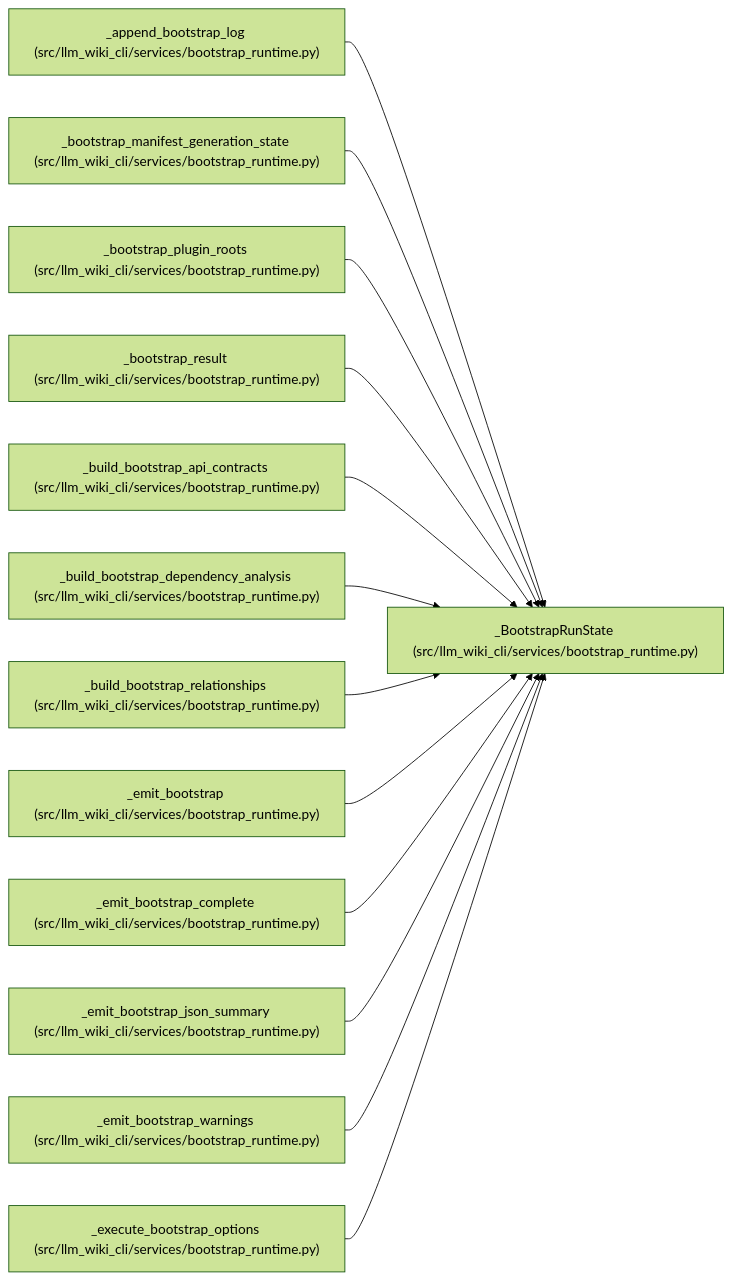
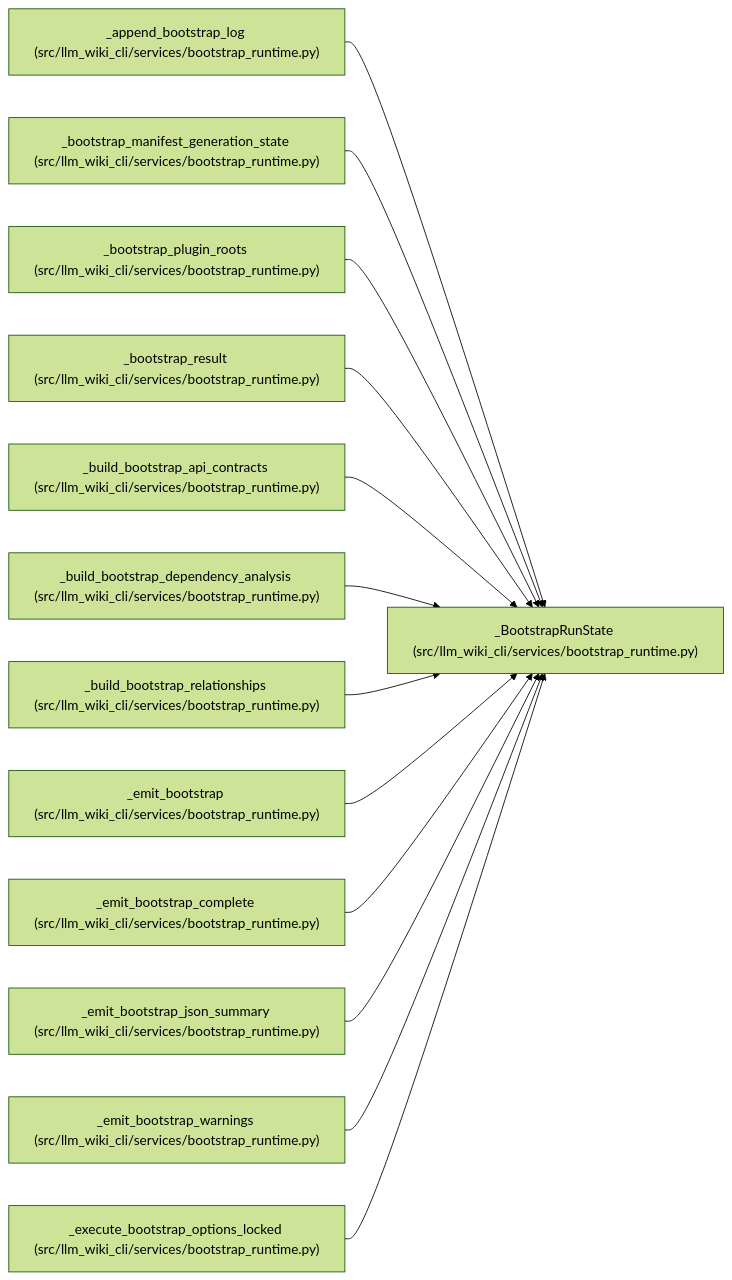
One commit to Denissvgn/python-wiki-llm changed the diagram in docs/llm_wiki/entities/BootstrapRunState.md. Above: the diagram before and after it, drawn with Mermaid (forest theme). The commit also changed other lines of this file and 1410 other files, not shown here.

````diff
--- a/docs/llm_wiki/entities/BootstrapRunState.md
+++ b/docs/llm_wiki/entities/BootstrapRunState.md
@@ -35,41 +35,41 @@
 ```mermaid
 flowchart LR
     n0["_BootstrapRunState (src/llm_wiki_cli/services/bootstrap_runtime.py)"]
     n1["_append_bootstrap_log (src/llm_wiki_cli/services/bootstrap_runtime.py)"]
     n2["_bootstrap_manifest_generation_state (src/llm_wiki_cli/services/bootstrap_runtime.py)"]
     n3["_bootstrap_plugin_roots (src/llm_wiki_cli/services/bootstrap_runtime.py)"]
     n4["_bootstrap_result (src/llm_wiki_cli/services/bootstrap_runtime.py)"]
     n5["_build_bootstrap_api_contracts (src/llm_wiki_cli/services/bootstrap_runtime.py)"]
     n6["_build_bootstrap_dependency_analysis (src/llm_wiki_cli/services/bootstrap_runtime.py)"]
     n7["_build_bootstrap_relationships (src/llm_wiki_cli/services/bootstrap_runtime.py)"]
     n8["_emit_bootstrap (src/llm_wiki_cli/services/bootstrap_runtime.py)"]
     n9["_emit_bootstrap_complete (src/llm_wiki_cli/services/bootstrap_runtime.py)"]
     n10["_emit_bootstrap_json_summary (src/llm_wiki_cli/services/bootstrap_runtime.py)"]
     n11["_emit_bootstrap_warnings (src/llm_wiki_cli/services/bootstrap_runtime.py)"]
-    n12["_execute_bootstrap_options (src/llm_wiki_cli/services/bootstrap_runtime.py)"]
+    n12["_execute_bootstrap_options_locked (src/llm_wiki_cli/services/bootstrap_runtime.py)"]
     n1 --> n0
     n2 --> n0
     n3 --> n0
     n4 --> n0
     n5 --> n0
     n6 --> n0
     n7 --> n0
     n8 --> n0
     n9 --> n0
     n10 --> n0
     n11 --> n0
     n12 --> n0
     click n0 "../modules/bootstrap_runtime.md"
     click n1 "../modules/bootstrap_runtime.md"
     click n2 "../modules/bootstrap_runtime.md"
     click n3 "../modules/bootstrap_runtime.md"
     click n4 "../modules/bootstrap_runtime.md"
     click n5 "../modules/bootstrap_runtime.md"
     click n6 "../modules/bootstrap_runtime.md"
     click n7 "../modules/bootstrap_runtime.md"
     click n8 "../modules/bootstrap_runtime.md"
     click n9 "../modules/bootstrap_runtime.md"
     click n10 "../modules/bootstrap_runtime.md"
     click n11 "../modules/bootstrap_runtime.md"
     click n12 "../modules/bootstrap_runtime.md"
 ```
````
